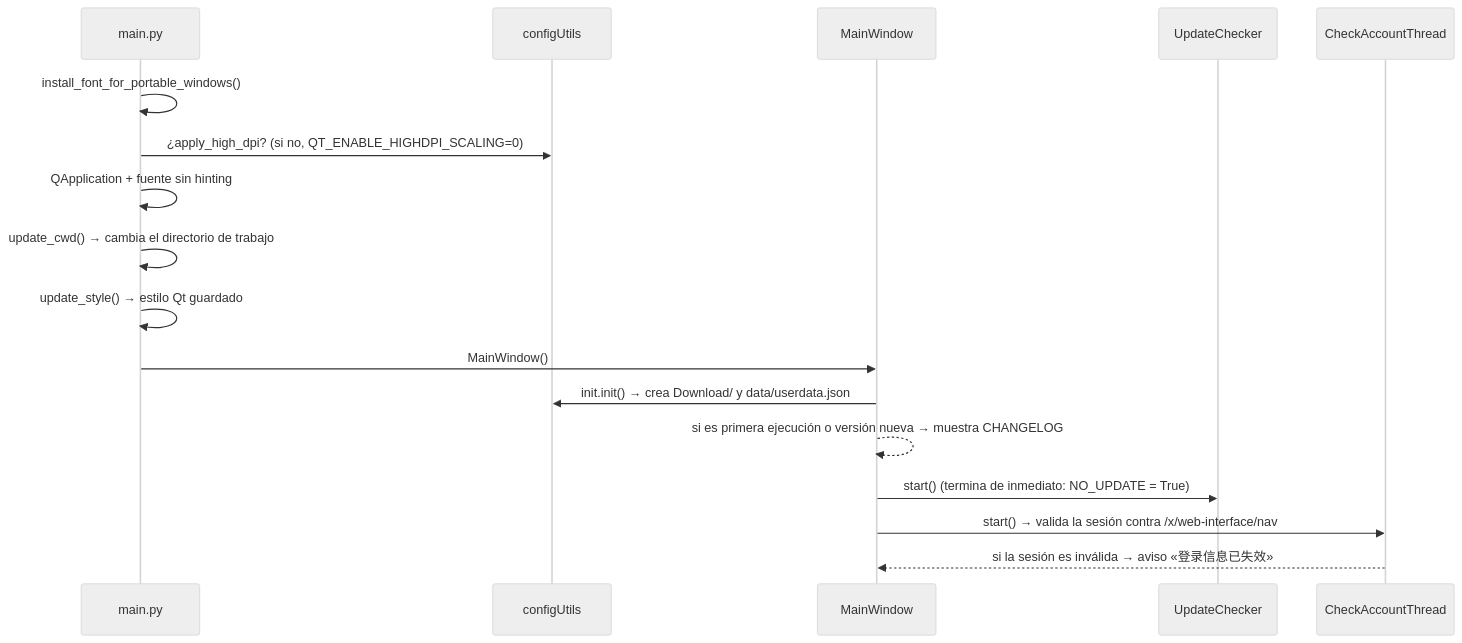
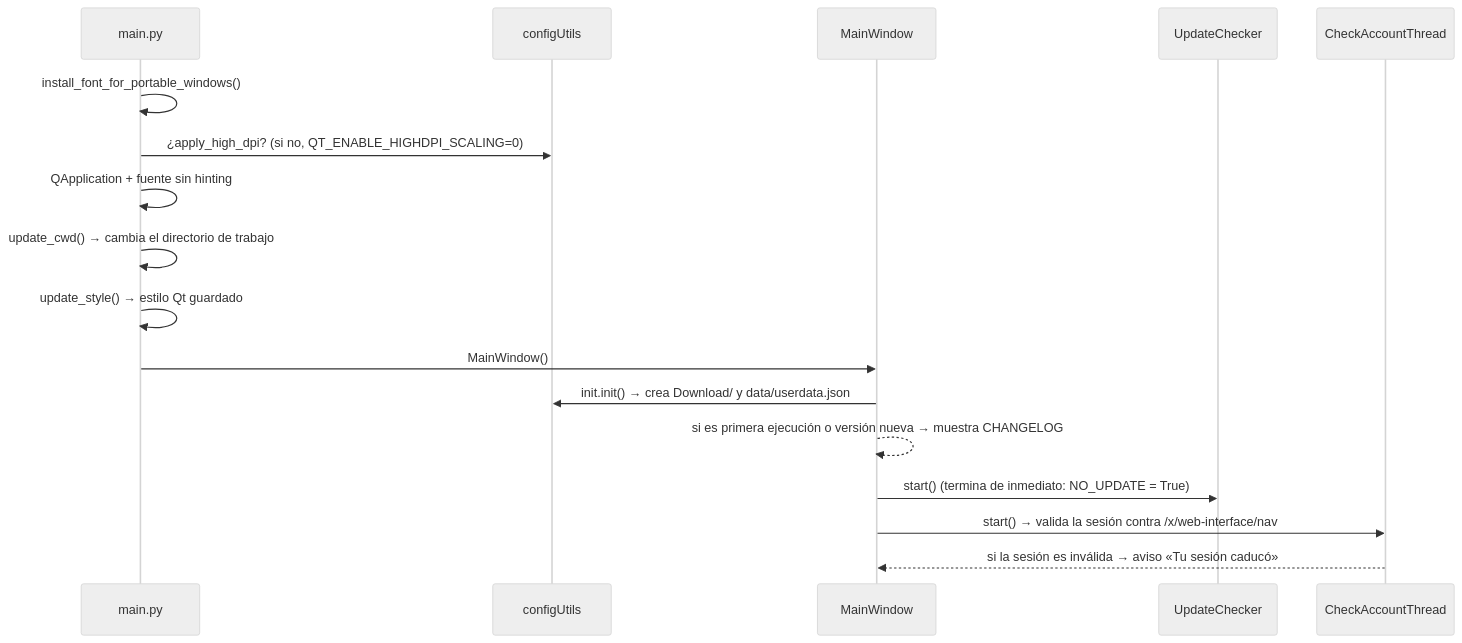
The second of 3 diagrams in doc/arquitectura.md (AbrahamMarcelino/BiliDownloaderMX), drawn with Mermaid (neutral theme) before and after one commit. The commit also changed other lines of this file and 49 other files, not shown here.

````diff
--- a/doc/arquitectura.md
+++ b/doc/arquitectura.md
@@ -71,19 +71,19 @@
 ```mermaid
 sequenceDiagram
     participant M as main.py
     participant C as configUtils
     participant W as MainWindow
     participant T1 as UpdateChecker
     participant T2 as CheckAccountThread
     M->>M: install_font_for_portable_windows()
     M->>C: ¿apply_high_dpi? (si no, QT_ENABLE_HIGHDPI_SCALING=0)
     M->>M: QApplication + fuente sin hinting
     M->>M: update_cwd() → cambia el directorio de trabajo
     M->>M: update_style() → estilo Qt guardado
     M->>W: MainWindow()
     W->>C: init.init() → crea Download/ y data/userdata.json
     W-->>W: si es primera ejecución o versión nueva → muestra CHANGELOG
     W->>T1: start() (termina de inmediato: NO_UPDATE = True)
     W->>T2: start() → valida la sesión contra /x/web-interface/nav
-    T2-->>W: si la sesión es inválida → aviso «登录信息已失效»
+    T2-->>W: si la sesión es inválida → aviso «Tu sesión caducó»
 ```
````
